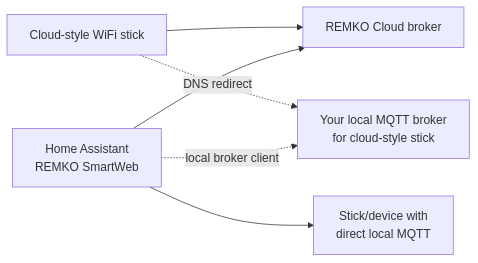
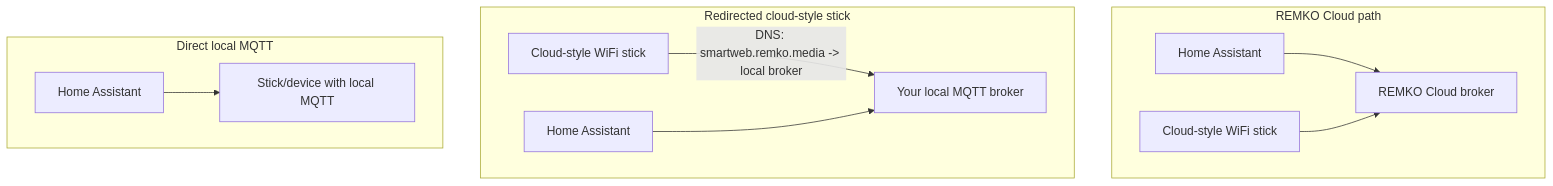
Before and after one commit to Christoph-87/remko-smartweb-ha: the diagram in README.md, drawn with Mermaid. The commit also changed 1 other file, not shown here.

Commit message:
docs: separate local connection diagram paths

````diff
--- a/README.md
+++ b/README.md
@@ -92,11 +92,16 @@
 ```mermaid
-flowchart LR
-  Stick["Cloud-style WiFi stick"]
-  Stick --> Cloud["REMKO Cloud broker"]
-  HA["Home Assistant<br/>REMKO SmartWeb"] --> Cloud
+flowchart TB
+  subgraph cloud["REMKO Cloud path"]
+    HACloud["Home Assistant"] --> Cloud["REMKO Cloud broker"]
+    StickCloud["Cloud-style WiFi stick"] --> Cloud
+  end
 
-  Stick -. DNS redirect .-> Broker["Your local MQTT broker<br/>for cloud-style stick"]
-  HA -. local broker client .-> Broker
+  subgraph redirect["Redirected cloud-style stick"]
+    StickRedirect["Cloud-style WiFi stick"] -->|"DNS: smartweb.remko.media -> local broker"| Broker["Your local MQTT broker"]
+    HARedirect["Home Assistant"] --> Broker
+  end
 
-  HA --> Direct["Stick/device with<br/>direct local MQTT"]
+  subgraph direct["Direct local MQTT"]
+    HADirect["Home Assistant"] --> Direct["Stick/device with local MQTT"]
+  end
 ```
````
